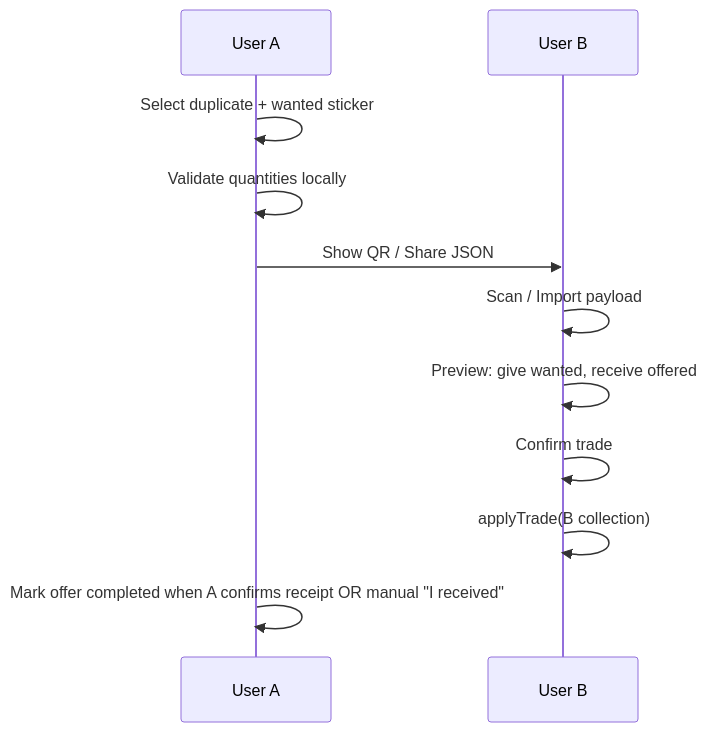
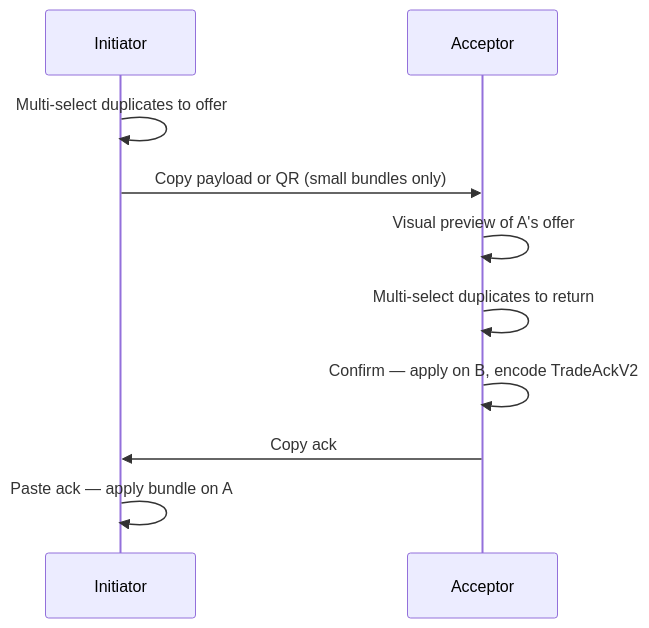
One commit to Raythan/stickera changed the diagram in docs/TRADING-P2P.md. Above: the diagram before and after it, drawn with Mermaid. The commit also changed other lines of this file and 33 other files, not shown here.

First line of the commit message:
feat(trade): visual multi-sticker P2P with payload v2

````diff
--- a/docs/TRADING-P2P.md
+++ b/docs/TRADING-P2P.md
@@ -30,13 +59,13 @@
 ```mermaid
 sequenceDiagram
-  participant A as User A
-  participant B as User B
-  A->>A: Select duplicate + wanted sticker
-  A->>A: Validate quantities locally
-  A->>B: Show QR / Share JSON
-  B->>B: Scan / Import payload
-  B->>B: Preview: give wanted, receive offered
-  B->>B: Confirm trade
-  B->>B: applyTrade(B collection)
-  A->>A: Mark offer completed when A confirms receipt OR manual "I received"
+  participant A as Initiator
+  participant B as Acceptor
+
+  A->>A: Multi-select duplicates to offer
+  A->>B: Copy payload or QR (small bundles only)
+  B->>B: Visual preview of A's offer
+  B->>B: Multi-select duplicates to return
+  B->>B: Confirm — apply on B, encode TradeAckV2
+  B->>A: Copy ack
+  A->>A: Paste ack — apply bundle on A
 ```
````
